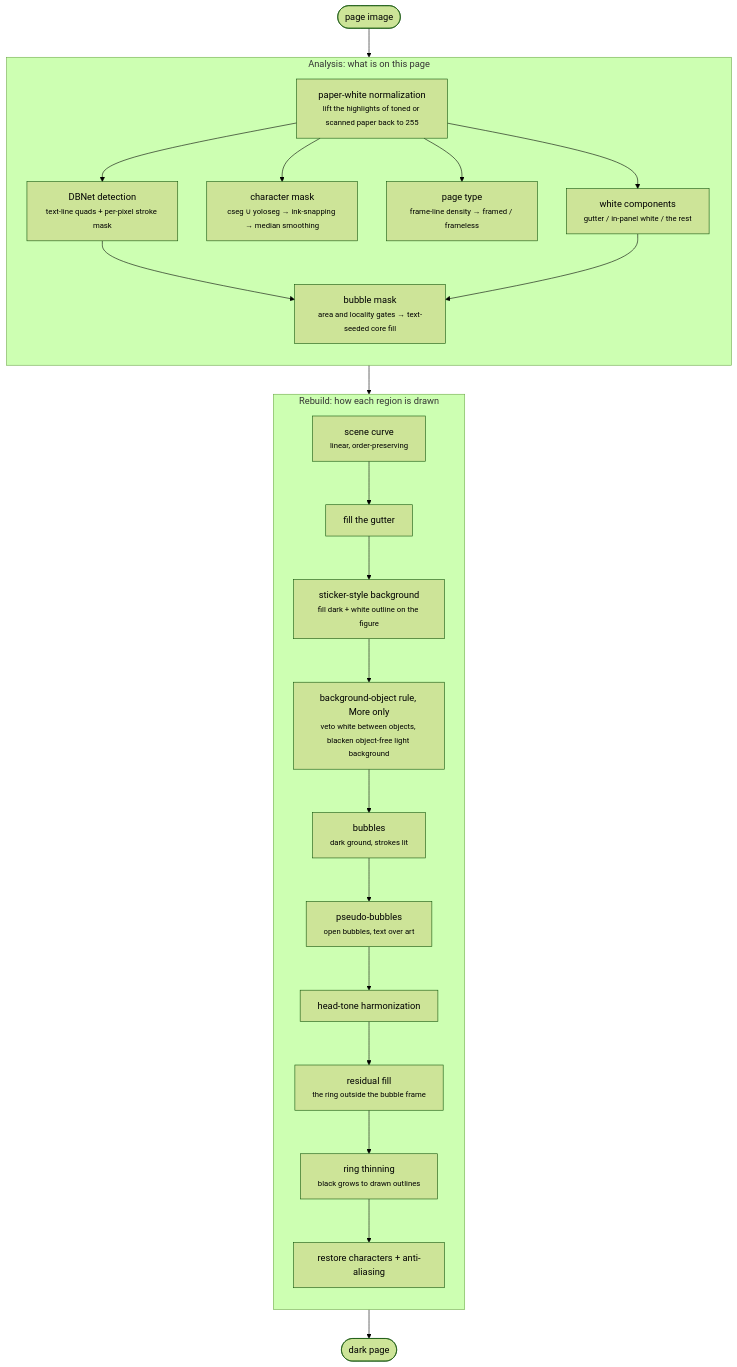
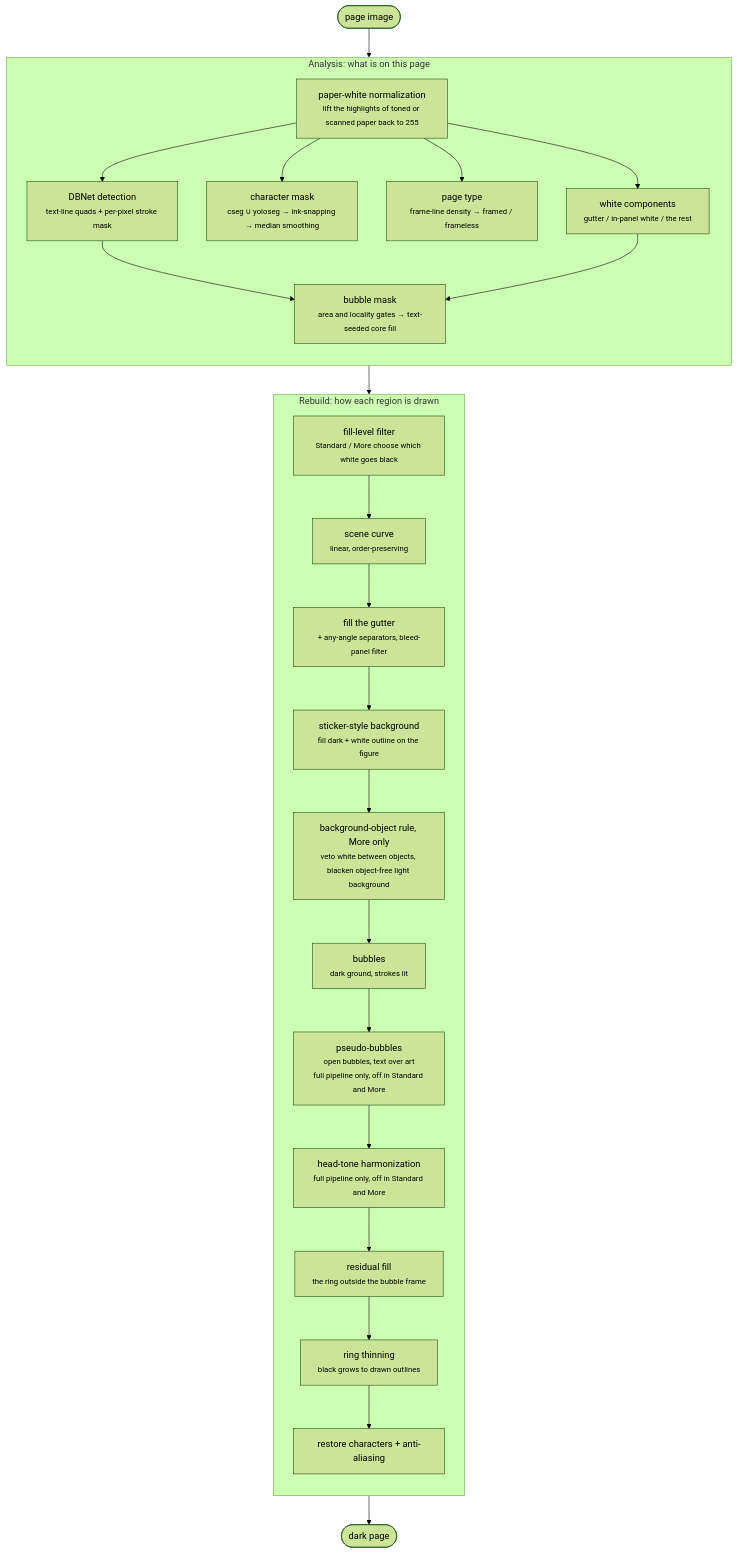
Before and after one commit to joyeli/yakuyomi-nightread: the first of 2 diagrams in docs/ARCHITECTURE.md, drawn with Mermaid (forest theme). The commit also changed other lines of this file and 25 other files, not shown here.

````diff
--- a/docs/ARCHITECTURE.md
+++ b/docs/ARCHITECTURE.md
@@ -37,30 +37,31 @@
 ```mermaid
 flowchart TB
     IN([page image]) --> P[paper-white normalization<br/><small>lift the highlights of toned or scanned paper back to 255</small>]
 
     subgraph ANA [Analysis: what is on this page]
         direction TB
         P --> DET[DBNet detection<br/><small>text-line quads + per-pixel stroke mask</small>]
         P --> CM[character mask<br/><small>cseg ∪ yoloseg → ink-snapping → median smoothing</small>]
         P --> PT[page type<br/><small>frame-line density → framed / frameless</small>]
         P --> WC[white components<br/><small>gutter / in-panel white / the rest</small>]
         DET --> BUB[bubble mask<br/><small>area and locality gates → text-seeded core fill</small>]
         WC --> BUB
     end
 
     subgraph SYN [Rebuild: how each region is drawn]
         direction TB
-        SC[scene curve<br/><small>linear, order-preserving</small>] --> GUT[fill the gutter]
+        FT[fill-level filter<br/><small>Standard / More choose which white goes black</small>] --> SC[scene curve<br/><small>linear, order-preserving</small>]
+        SC --> GUT[fill the gutter<br/><small>+ any-angle separators, bleed-panel filter</small>]
         GUT --> STK[sticker-style background<br/><small>fill dark + white outline on the figure</small>]
         STK --> OBJ[background-object rule, More only<br/><small>veto white between objects, blacken object-free light background</small>]
         OBJ --> BB[bubbles<br/><small>dark ground, strokes lit</small>]
-        BB --> PB[pseudo-bubbles<br/><small>open bubbles, text over art</small>]
-        PB --> HM[head-tone harmonization]
+        BB --> PB[pseudo-bubbles<br/><small>open bubbles, text over art<br/>full pipeline only, off in Standard and More</small>]
+        PB --> HM[head-tone harmonization<br/><small>full pipeline only, off in Standard and More</small>]
         HM --> RST[residual fill<br/><small>the ring outside the bubble frame</small>]
         RST --> RNG[ring thinning<br/><small>black grows to drawn outlines</small>]
         RNG --> RES[restore characters + anti-aliasing]
     end
 
-    ANA --> SC
+    ANA --> FT
     RES --> OUT([dark page])
 ```
````
